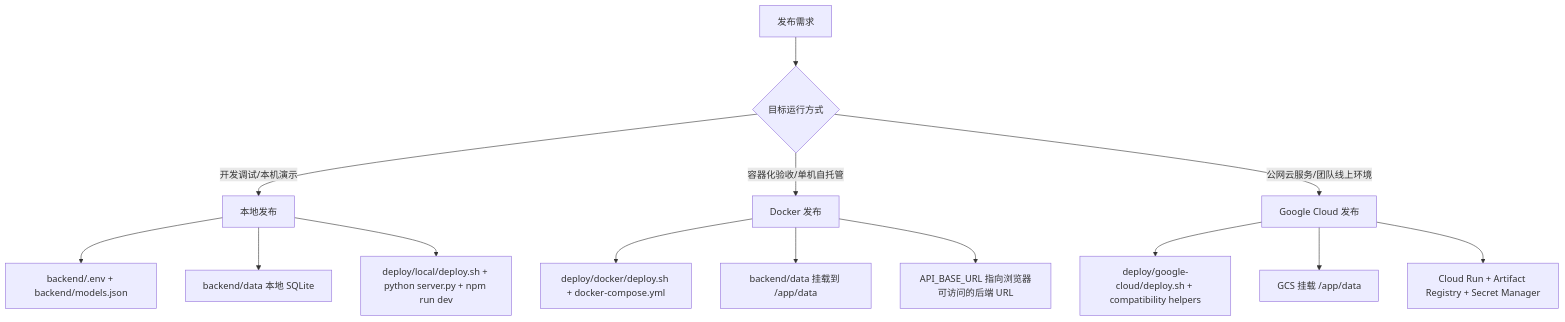
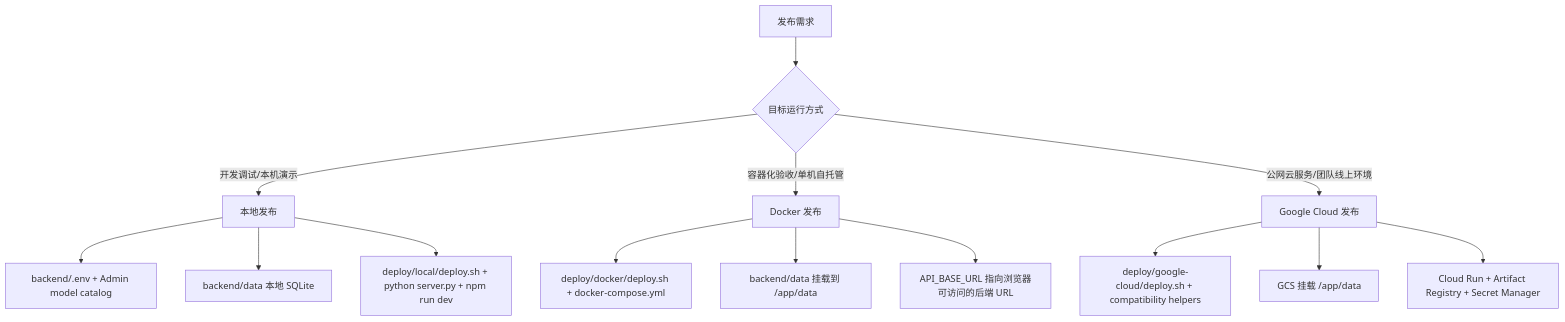
The diagram in docs/deploy/release-system-design.md (glide-the/im-dream), drawn with Mermaid before and after one commit. The commit also changed other lines of this file and 136 other files, not shown here.

````diff
--- a/docs/deploy/release-system-design.md
+++ b/docs/deploy/release-system-design.md
@@ -59,19 +61,19 @@
 ```mermaid
 flowchart TD
   A["发布需求"] --> B{"目标运行方式"}
   B -->|"开发调试/本机演示"| L["本地发布"]
   B -->|"容器化验收/单机自托管"| D["Docker 发布"]
   B -->|"公网云服务/团队线上环境"| G["Google Cloud 发布"]
 
-  L --> L1["backend/.env + backend/models.json"]
+  L --> L1["backend/.env + Admin model catalog"]
   L --> L2["backend/data 本地 SQLite"]
   L --> L3["deploy/local/deploy.sh + python server.py + npm run dev"]
 
   D --> D1["deploy/docker/deploy.sh + docker-compose.yml"]
   D --> D2["backend/data 挂载到 /app/data"]
   D --> D3["API_BASE_URL 指向浏览器可访问的后端 URL"]
 
   G --> G1["deploy/google-cloud/deploy.sh + compatibility helpers"]
   G --> G2["GCS 挂载 /app/data"]
   G --> G3["Cloud Run + Artifact Registry + Secret Manager"]
 ```
````
